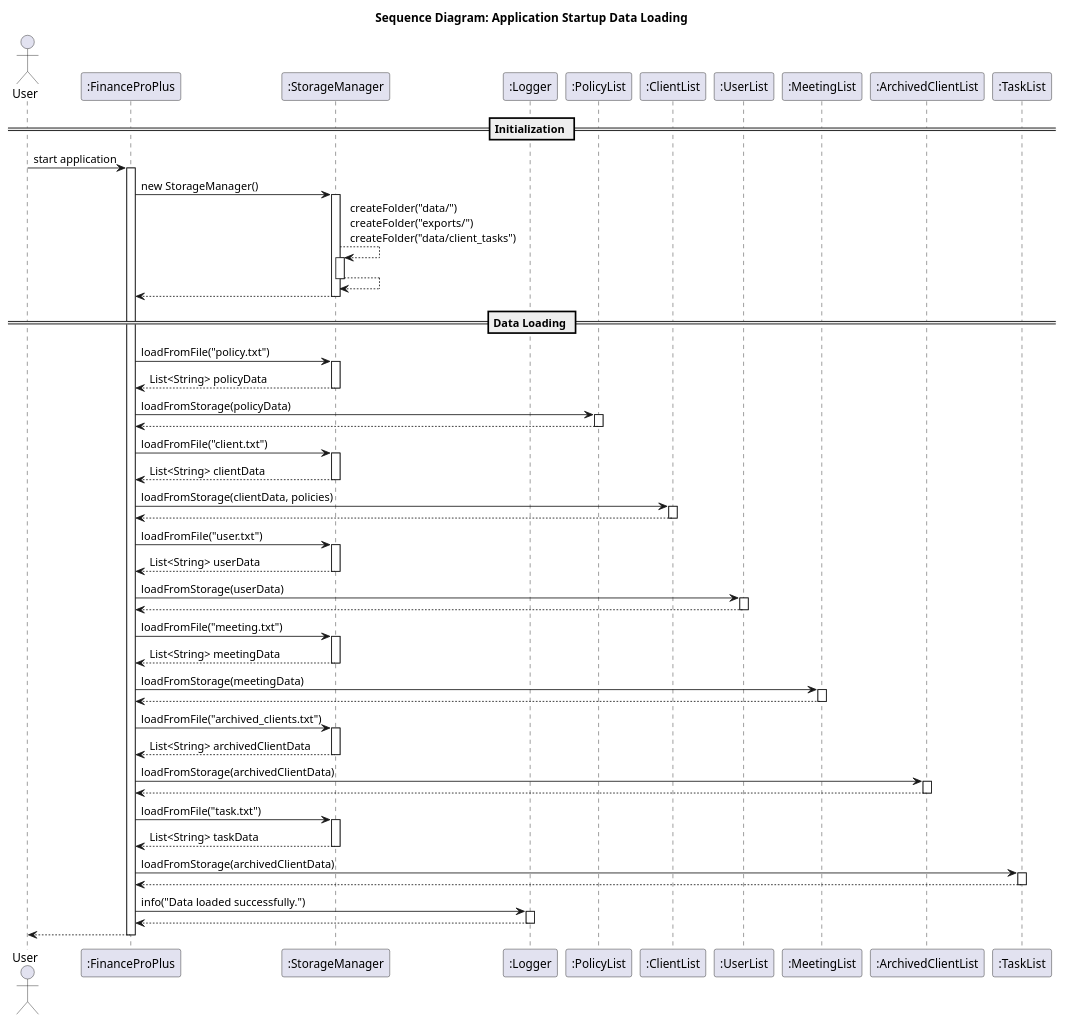
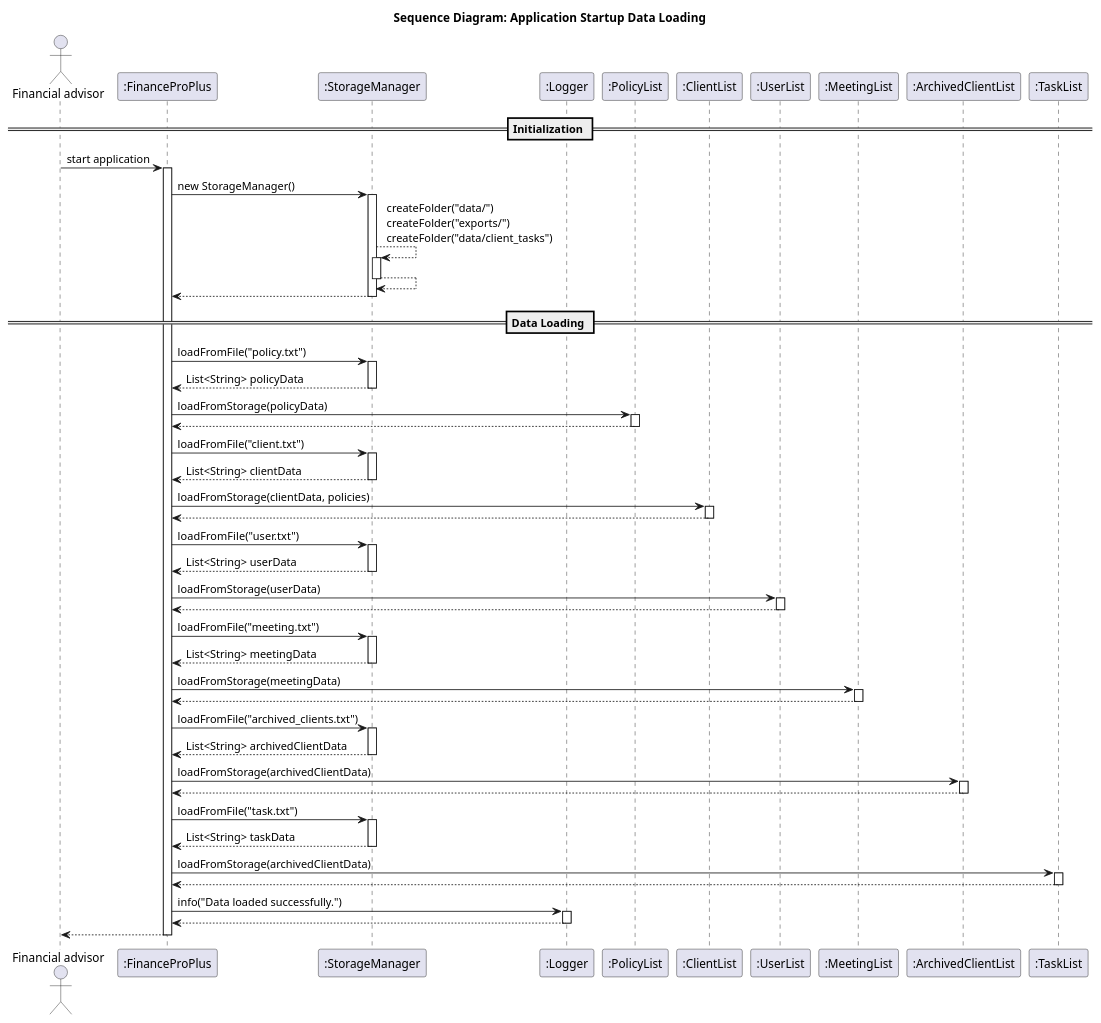
Before and after one commit to ZT712002/tp: the diagram in docs/umldiagrams/Storage_Loading.puml, drawn with PlantUML. The commit also changed 3 other files, not shown here.

```diff
--- a/docs/umldiagrams/Storage_Loading.puml
+++ b/docs/umldiagrams/Storage_Loading.puml
@@ -2,95 +2,95 @@
 @startuml
 title Sequence Diagram: Application Startup Data Loading
 
-actor User as "User"
+actor "Financial advisor" as User
 
 participant ":FinanceProPlus" as FinanceProPlus
 participant ":StorageManager" as StorageManager
 participant ":Logger" as Logger
 participant ":PolicyList" as PolicyList
 participant ":ClientList" as ClientList
 participant ":UserList" as UserList
 participant ":MeetingList" as MeetingList
 participant ":ArchivedClientList" as ArchivedClientList
 participant ":TaskList" as TaskList
 
 
 
 == Initialization ==
 
 User -> FinanceProPlus: start application
 activate FinanceProPlus
 
 FinanceProPlus -> StorageManager: new StorageManager()
 activate StorageManager
 StorageManager --> StorageManager: createFolder("data/")\ncreateFolder("exports/")\ncreateFolder("data/client_tasks")
 activate StorageManager
 StorageManager --> StorageManager
 deactivate StorageManager
 StorageManager --> FinanceProPlus
 deactivate StorageManager
 
 == Data Loading ==
 
 FinanceProPlus -> StorageManager: loadFromFile("policy.txt")
 activate StorageManager
 StorageManager --> FinanceProPlus: List<String> policyData
 deactivate StorageManager
 FinanceProPlus -> PolicyList: loadFromStorage(policyData)
 activate PolicyList
 PolicyList --> FinanceProPlus:
 deactivate PolicyList
 
 FinanceProPlus -> StorageManager: loadFromFile("client.txt")
 activate StorageManager
 StorageManager --> FinanceProPlus: List<String> clientData
 deactivate StorageManager
 FinanceProPlus -> ClientList: loadFromStorage(clientData, policies)
 activate ClientList
 ClientList --> FinanceProPlus:
 deactivate ClientList
 
 FinanceProPlus -> StorageManager: loadFromFile("user.txt")
 activate StorageManager
 StorageManager --> FinanceProPlus: List<String> userData
 deactivate StorageManager
 FinanceProPlus -> UserList: loadFromStorage(userData)
 activate UserList
 UserList --> FinanceProPlus:
 deactivate UserList
 
 FinanceProPlus -> StorageManager: loadFromFile("meeting.txt")
 activate StorageManager
 StorageManager --> FinanceProPlus: List<String> meetingData
 deactivate StorageManager
 FinanceProPlus -> MeetingList: loadFromStorage(meetingData)
 activate MeetingList
 MeetingList --> FinanceProPlus:
 deactivate MeetingList
 
 FinanceProPlus -> StorageManager: loadFromFile("archived_clients.txt")
 activate StorageManager
 StorageManager --> FinanceProPlus: List<String> archivedClientData
 deactivate StorageManager
 FinanceProPlus -> ArchivedClientList: loadFromStorage(archivedClientData)
 activate ArchivedClientList
 ArchivedClientList --> FinanceProPlus:
 deactivate ArchivedClientList
 
 FinanceProPlus -> StorageManager: loadFromFile("task.txt")
 activate StorageManager
 StorageManager --> FinanceProPlus: List<String> taskData
 deactivate StorageManager
 FinanceProPlus ->TaskList: loadFromStorage(archivedClientData)
 activate TaskList
 TaskList --> FinanceProPlus:
 deactivate TaskList
 
 FinanceProPlus -> Logger: info("Data loaded successfully.")
 activate Logger
 Logger --> FinanceProPlus
 deactivate Logger
 FinanceProPlus --> User
 deactivate FinanceProPlus
 
 @enduml
```
